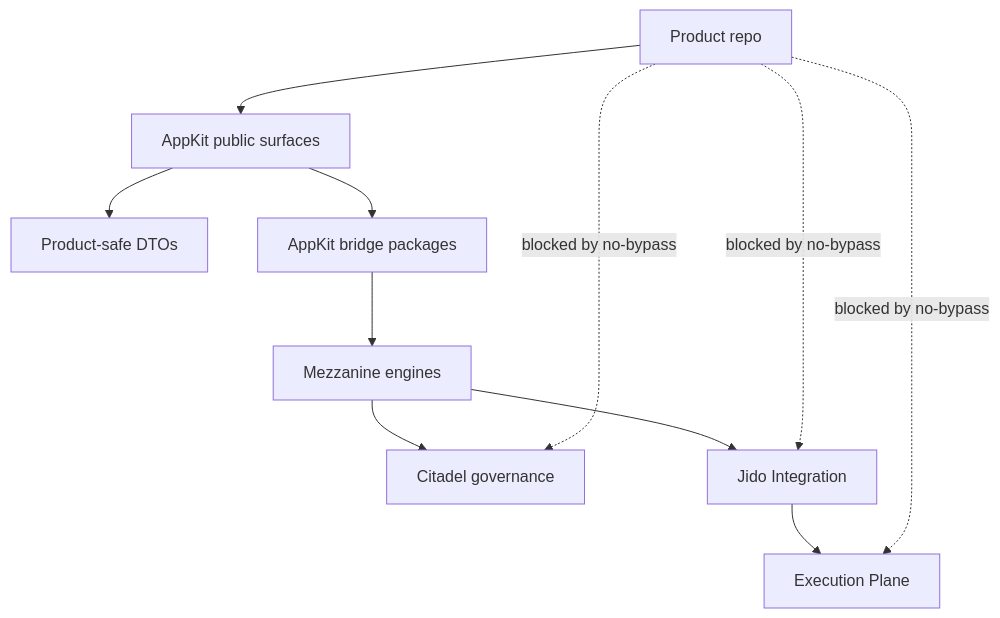
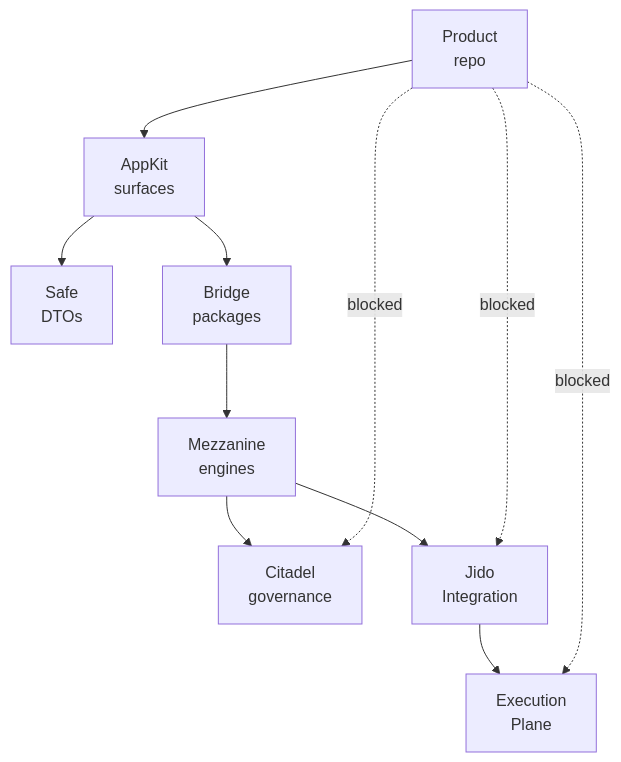
Before and after one commit to nshkrdotcom/app_kit: the first of 2 diagrams in README.md, drawn with Mermaid. The commit also changed other lines of this file, not shown here.

Commit message:
docs: wrap README Mermaid labels

````diff
--- a/README.md
+++ b/README.md
@@ -132,13 +132,13 @@
 ```mermaid
 flowchart TD
-  Product["Product repo"] --> Surface["AppKit public surfaces"]
-  Surface --> DTO["Product-safe DTOs"]
-  Surface --> Bridge["AppKit bridge packages"]
-  Bridge --> Mezzanine["Mezzanine engines"]
-  Mezzanine --> Citadel["Citadel governance"]
-  Mezzanine --> Jido["Jido Integration"]
-  Jido --> Execution["Execution Plane"]
-  Product -. "blocked by no-bypass" .-> Citadel
-  Product -. "blocked by no-bypass" .-> Jido
-  Product -. "blocked by no-bypass" .-> Execution
+  Product["Product<br/>repo"] --> Surface["AppKit<br/>surfaces"]
+  Surface --> DTO["Safe<br/>DTOs"]
+  Surface --> Bridge["Bridge<br/>packages"]
+  Bridge --> Mezzanine["Mezzanine<br/>engines"]
+  Mezzanine --> Citadel["Citadel<br/>governance"]
+  Mezzanine --> Jido["Jido<br/>Integration"]
+  Jido --> Execution["Execution<br/>Plane"]
+  Product -. "blocked" .-> Citadel
+  Product -. "blocked" .-> Jido
+  Product -. "blocked" .-> Execution
 ```
````
